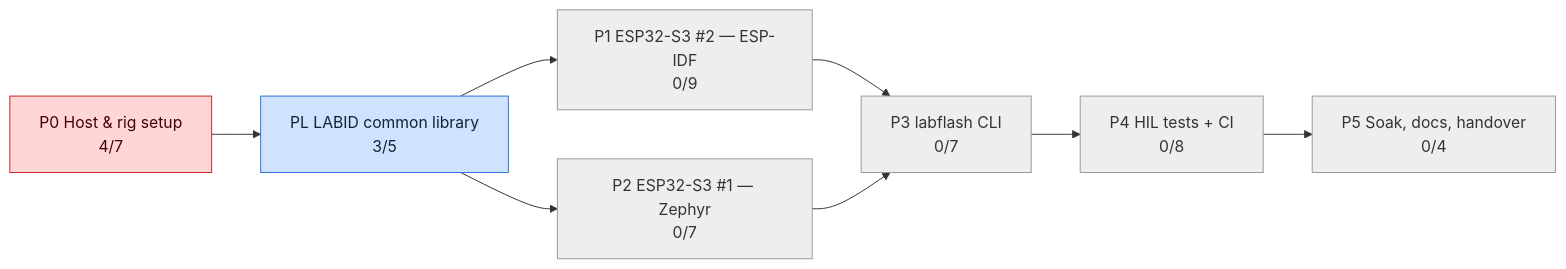
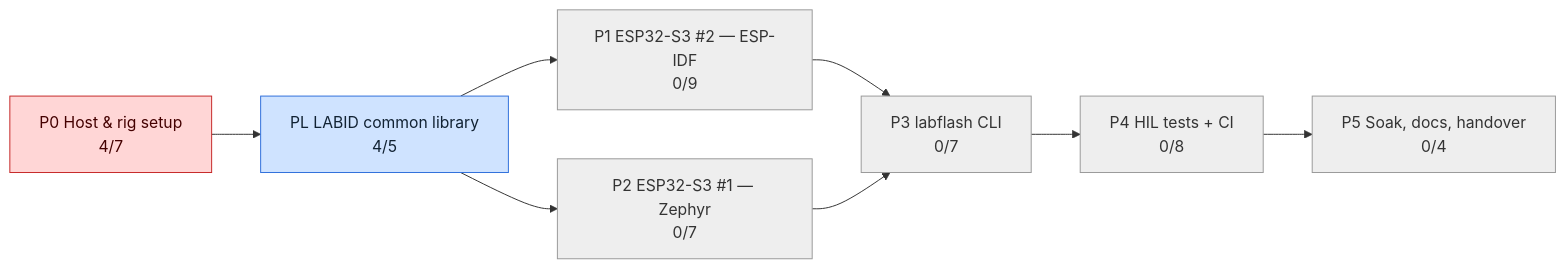
One commit to mohamed-soubhi/bootlab-esp changed the second of 3 diagrams in tickets/TICKETS.md. Above: the diagram before and after it, drawn with Mermaid. The commit also changed other lines of this file and 3 other files, not shown here.

````diff
--- a/tickets/TICKETS.md
+++ b/tickets/TICKETS.md
@@ -32,21 +31,21 @@
 ```mermaid
 flowchart LR
     E0["P0 Host & rig setup<br/>4/7"]:::blocked
-    EL["PL LABID common library<br/>3/5"]:::doing
+    EL["PL LABID common library<br/>4/5"]:::doing
     E1["P1 ESP32-S3 #2 — ESP-IDF<br/>0/9"]:::todo
     E2["P2 ESP32-S3 #1 — Zephyr<br/>0/7"]:::todo
     E3["P3 labflash CLI<br/>0/7"]:::todo
     E4["P4 HIL tests + CI<br/>0/8"]:::todo
     E5["P5 Soak, docs, handover<br/>0/4"]:::todo
     E0 --> EL
     E1 --> E3
     E2 --> E3
     E3 --> E4
     E4 --> E5
     EL --> E1
     EL --> E2
     classDef todo fill:#eeeeee,stroke:#999,color:#333
     classDef doing fill:#cfe3ff,stroke:#2f6fdb,color:#123
     classDef blocked fill:#ffd6d6,stroke:#c62828,color:#400
     classDef done fill:#d4f5d4,stroke:#2e7d32,color:#132
 ```
````
